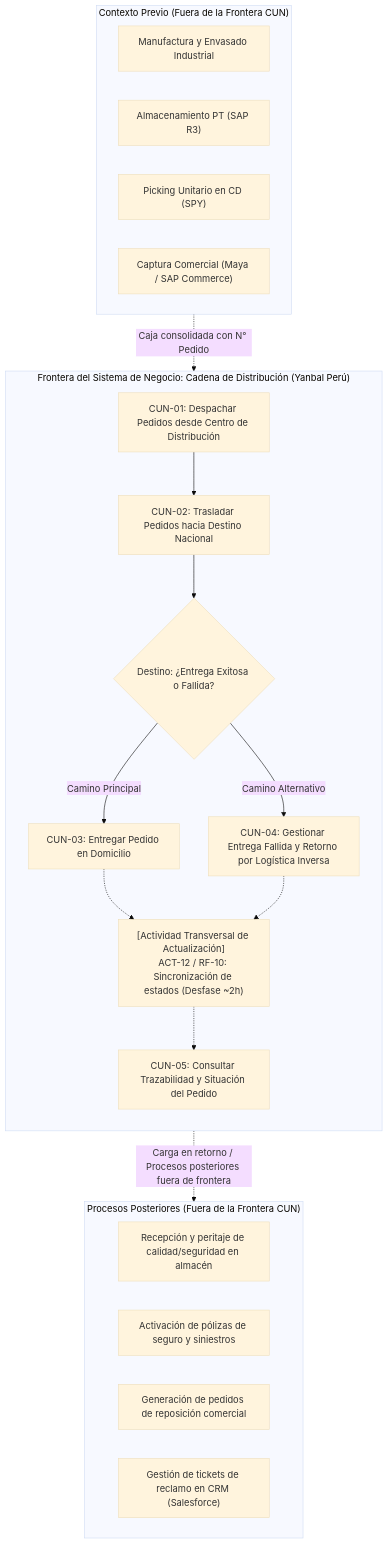
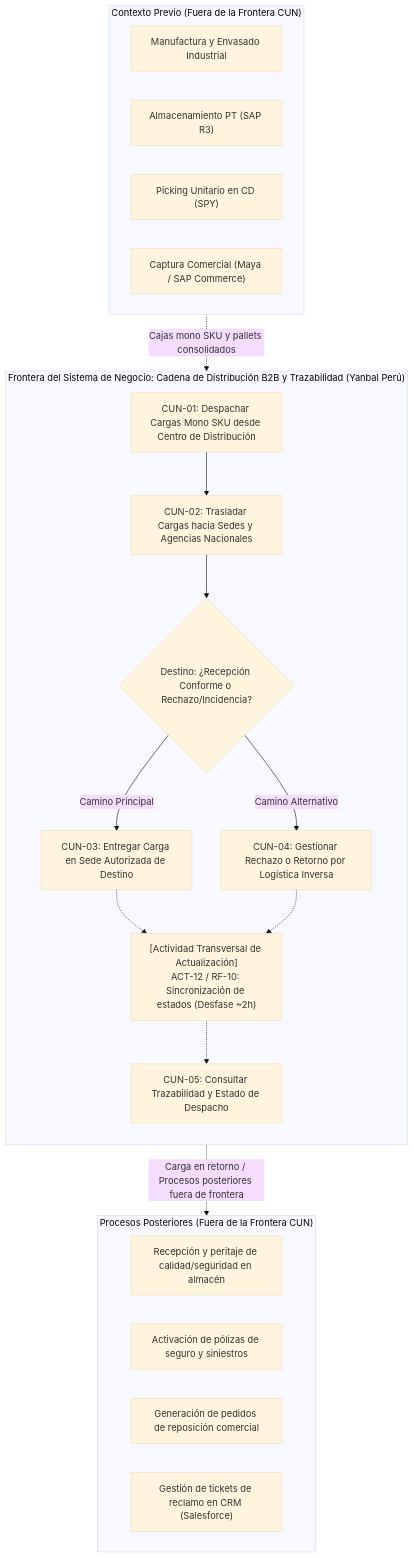
Before and after one commit to SaraviaH/arq-emp: the second of 4 diagrams in arq-emp AS-IS/Diagrama de Casos de Uso del Negocio (CUN)/01 - Diagrama General de Casos de Uso del Negocio (CUN).md, drawn with Mermaid (base theme). The commit also changed other lines of this file and 36 other files, not shown here.

````diff
--- a/arq-emp AS-IS/Diagrama de Casos de Uso del Negocio (CUN)/01 - Diagrama General de Casos de Uso del Negocio (CUN).md
+++ b/arq-emp AS-IS/Diagrama de Casos de Uso del Negocio (CUN)/01 - Diagrama General de Casos de Uso del Negocio (CUN).md
@@ -51,38 +51,38 @@
 ```mermaid
 flowchart TD
     subgraph FUERA_ALCANCE_PREVIO ["Contexto Previo (Fuera de la Frontera CUN)"]
         CP1["Manufactura y Envasado Industrial"]
         CP2["Almacenamiento PT (SAP R3)"]
         CP3["Picking Unitario en CD (SPY)"]
         CP4["Captura Comercial (Maya / SAP Commerce)"]
     end
 
-    subgraph FRONTERA_CUN ["Frontera del Sistema de Negocio: Cadena de Distribución (Yanbal Perú)"]
+    subgraph FRONTERA_CUN ["Frontera del Sistema de Negocio: Cadena de Distribución B2B y Trazabilidad (Yanbal Perú)"]
         direction TB
-        C1["CUN-01: Despachar Pedidos desde Centro de Distribución"]
-        C2["CUN-02: Trasladar Pedidos hacia Destino Nacional"]
-        C3{"Destino: ¿Entrega Exitosa o Fallida?"}
-        C4["CUN-03: Entregar Pedido en Domicilio"]
-        C5["CUN-04: Gestionar Entrega Fallida y Retorno por Logística Inversa"]
-        C6["CUN-05: Consultar Trazabilidad y Situación del Pedido"]
+        C1["CUN-01: Despachar Cargas Mono SKU desde Centro de Distribución"]
+        C2["CUN-02: Trasladar Cargas hacia Sedes y Agencias Nacionales"]
+        C3{"Destino: ¿Recepción Conforme o Rechazo/Incidencia?"}
+        C4["CUN-03: Entregar Carga en Sede Autorizada de Destino"]
+        C5["CUN-04: Gestionar Rechazo o Retorno por Logística Inversa"]
+        C6["CUN-05: Consultar Trazabilidad y Estado de Despacho"]
         
         ACT_TRANS["[Actividad Transversal de Actualización]<br/>ACT-12 / RF-10: Sincronización de estados (Desfase ~2h)"]
     end
 
     subgraph FUERA_ALCANCE_POSTERIOR ["Procesos Posteriores (Fuera de la Frontera CUN)"]
         POST1["Recepción y peritaje de calidad/seguridad en almacén"]
         POST2["Activación de pólizas de seguro y siniestros"]
         POST3["Generación de pedidos de reposición comercial"]
         POST4["Gestión de tickets de reclamo en CRM (Salesforce)"]
     end
 
-    FUERA_ALCANCE_PREVIO -.->|Caja consolidada con N° Pedido| C1
+    FUERA_ALCANCE_PREVIO -.->|Cajas mono SKU y pallets consolidados| C1
     C1 --> C2
     C2 --> C3
     C3 -->|Camino Principal| C4
     C3 -->|Camino Alternativo| C5
     C4 -.-> ACT_TRANS
     C5 -.-> ACT_TRANS
     ACT_TRANS -.-> C6
     C5 -.->|Carga en retorno / Procesos posteriores fuera de frontera| FUERA_ALCANCE_POSTERIOR
 ```
````
